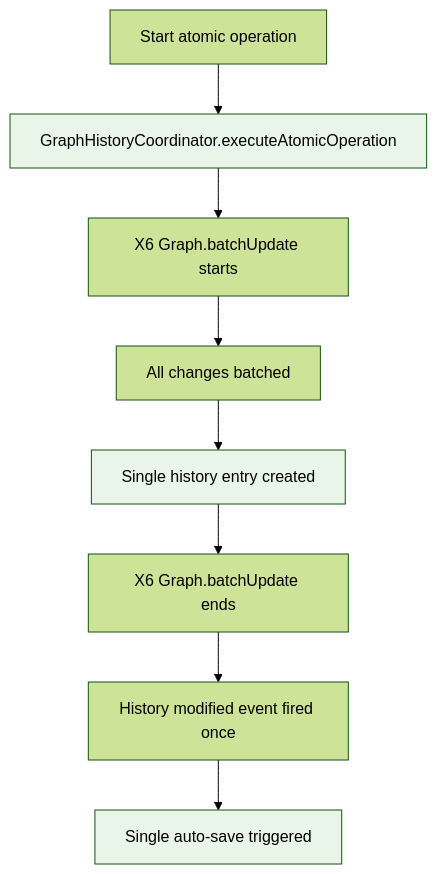
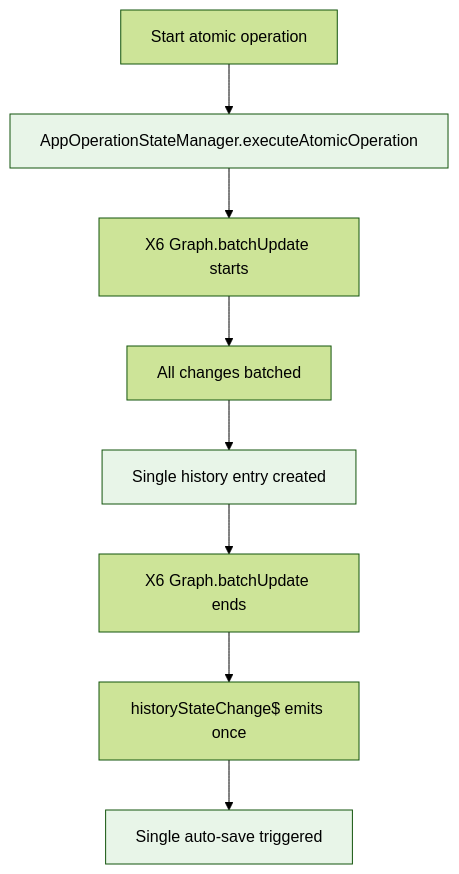
Before and after one commit to ericfitz/tmi-ux: the eighth of 15 diagrams in docs/migrated/reference/architecture/dfd-change-propagation/autosave-decision-tree.md, drawn with Mermaid (forest theme). The commit also changed other lines of this file and 1 other file, not shown here.

````diff
--- a/docs/migrated/reference/architecture/dfd-change-propagation/autosave-decision-tree.md
+++ b/docs/migrated/reference/architecture/dfd-change-propagation/autosave-decision-tree.md
@@ -207,14 +210,14 @@
 ```mermaid
 flowchart TD
-    A[Start atomic operation] --> B[GraphHistoryCoordinator.executeAtomicOperation]
+    A[Start atomic operation] --> B[AppOperationStateManager.executeAtomicOperation]
     B --> C[X6 Graph.batchUpdate starts]
     C --> D[All changes batched]
     D --> E[Single history entry created]
     E --> F[X6 Graph.batchUpdate ends]
-    F --> G[History modified event fired once]
+    F --> G[historyStateChange$ emits once]
     G --> H[Single auto-save triggered]
 
     style B fill:#e8f5e8
     style E fill:#e8f5e8
     style H fill:#e8f5e8
 ```
````
